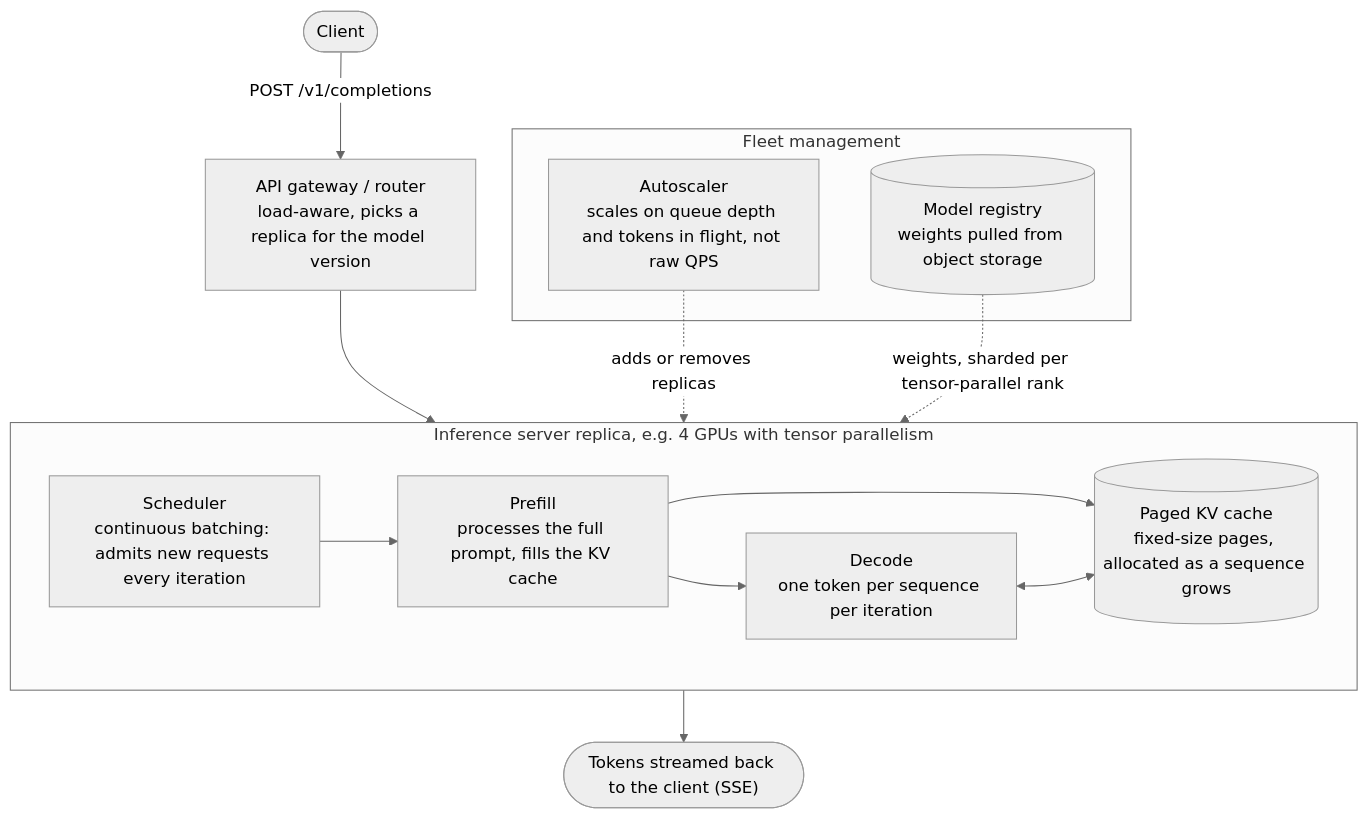
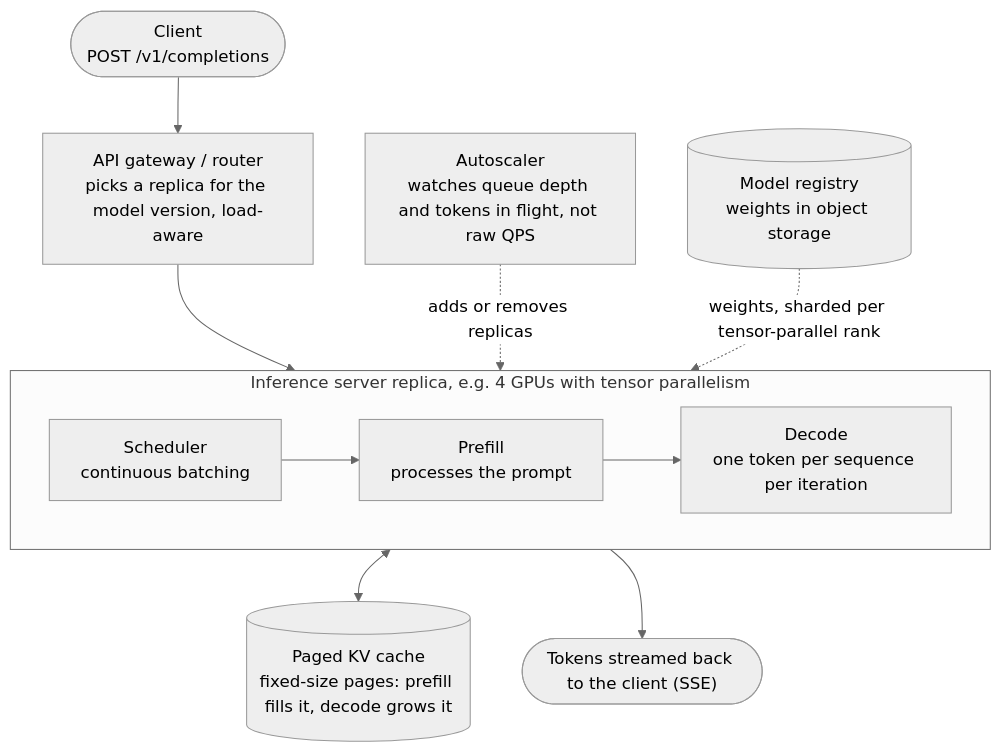
One commit to bhargavchintam/high-level-design changed the second of 2 diagrams in README.md. Above: the diagram before and after it, drawn with Mermaid (neutral theme). The commit also changed other lines of this file and 1 other file, not shown here.

Commit message:
make the llm serving diagram compact and move it below the ml tables
The scheduler, prefill and decode steps now sit in one row inside the replica, so the diagram is about as wide as it is tall at readme width. The index tables now follow the section map directly. CONTRIBUTING.md gets the layout tip.

````diff
--- a/README.md
+++ b/README.md
@@ -37,25 +93,20 @@
 ```mermaid
 flowchart TB
-    client([Client])
-    router["API gateway / router<br/>load-aware, picks a replica for the model version"]
+    client(["Client<br/>POST /v1/completions"])
+    router["API gateway / router<br/>picks a replica for the model version, load-aware"]
+    autoscaler["Autoscaler<br/>watches queue depth and tokens in flight, not raw QPS"]
+    registry[("Model registry<br/>weights in object storage")]
     subgraph replica["Inference server replica, e.g. 4 GPUs with tensor parallelism"]
-        sched["Scheduler<br/>continuous batching: admits new requests every iteration"]
-        prefill["Prefill<br/>processes the full prompt, fills the KV cache"]
-        decode["Decode<br/>one token per sequence per iteration"]
-        kv[("Paged KV cache<br/>fixed-size pages, allocated as a sequence grows")]
-        sched --> prefill --> decode
-        prefill --> kv
-        decode <--> kv
+        direction LR
+        sched["Scheduler<br/>continuous batching"] --> prefill["Prefill<br/>processes the prompt"] --> decode["Decode<br/>one token per sequence per iteration"]
     end
+    kv[("Paged KV cache<br/>fixed-size pages: prefill fills it, decode grows it")]
     out(["Tokens streamed back to the client (SSE)"])
-    subgraph fleet["Fleet management"]
-        autoscaler["Autoscaler<br/>scales on queue depth and tokens in flight, not raw QPS"]
-        registry[("Model registry<br/>weights pulled from object storage")]
-    end
 
-    client -->|"POST /v1/completions"| router
+    client --> router
     router --> replica
+    replica <--> kv
     replica --> out
     autoscaler -.->|"adds or removes replicas"| replica
     registry -.->|"weights, sharded per tensor-parallel rank"| replica
 ```
````
